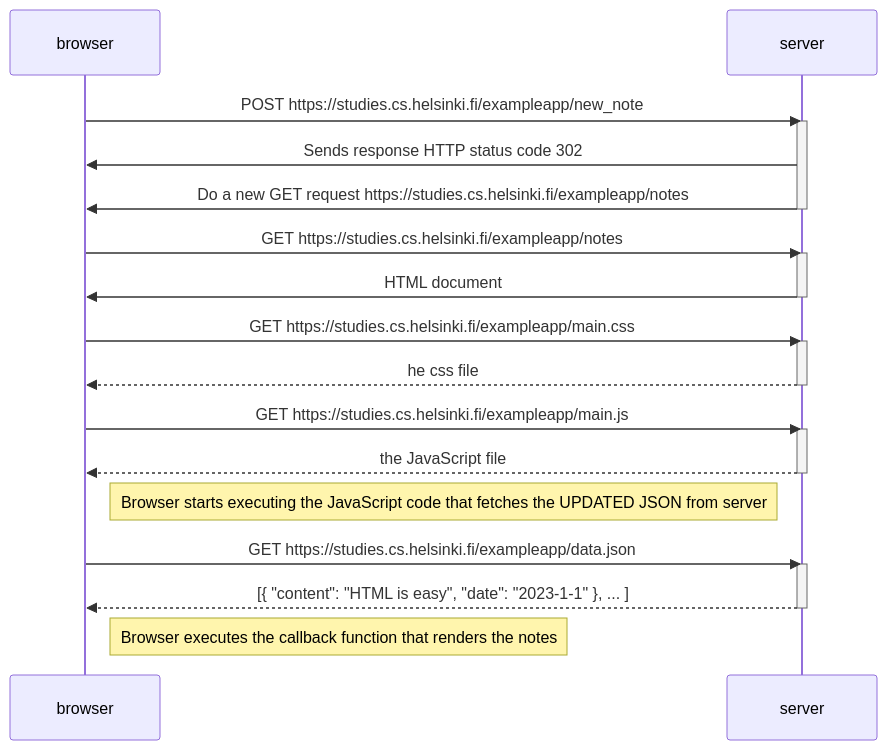
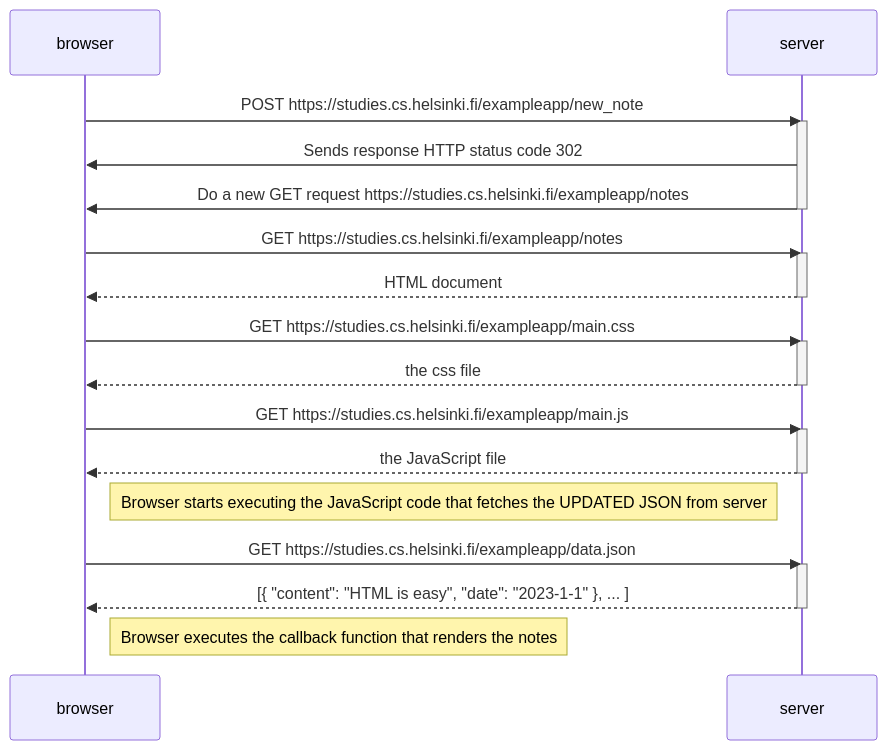
Before and after one commit to shiyun-ho/full-stack-open: the diagram in part0/04-sequenceDiagram.md, drawn with Mermaid. The commit also changed 1 other file, not shown here.

````diff
--- a/part0/04-sequenceDiagram.md
+++ b/part0/04-sequenceDiagram.md
@@ -16,35 +16,35 @@
 ```mermaid
     sequenceDiagram
         participant browser
         participant server
 
         browser->>server: POST https://studies.cs.helsinki.fi/exampleapp/new_note
         activate server
         server->>browser: Sends response HTTP status code 302
         server->>browser: Do a new GET request https://studies.cs.helsinki.fi/exampleapp/notes
         deactivate server
 
         browser->>server: GET https://studies.cs.helsinki.fi/exampleapp/notes
         activate server
-        server->>browser: HTML document
+        server-->>browser: HTML document
         deactivate server
 
         browser->>server: GET https://studies.cs.helsinki.fi/exampleapp/main.css
         activate server
-        server-->>browser: he css file
+        server-->>browser: the css file
         deactivate server
 
         browser->>server: GET https://studies.cs.helsinki.fi/exampleapp/main.js
         activate server
         server-->>browser: the JavaScript file
         deactivate server
 
         Note right of browser: Browser starts executing the JavaScript code that fetches the UPDATED JSON from server
 
         browser->>server: GET https://studies.cs.helsinki.fi/exampleapp/data.json
         activate server
         server-->>browser: [{ "content": "HTML is easy", "date": "2023-1-1" }, ... ]
         deactivate server
 
         Note right of browser: Browser executes the callback function that renders the notes
 ```
````
